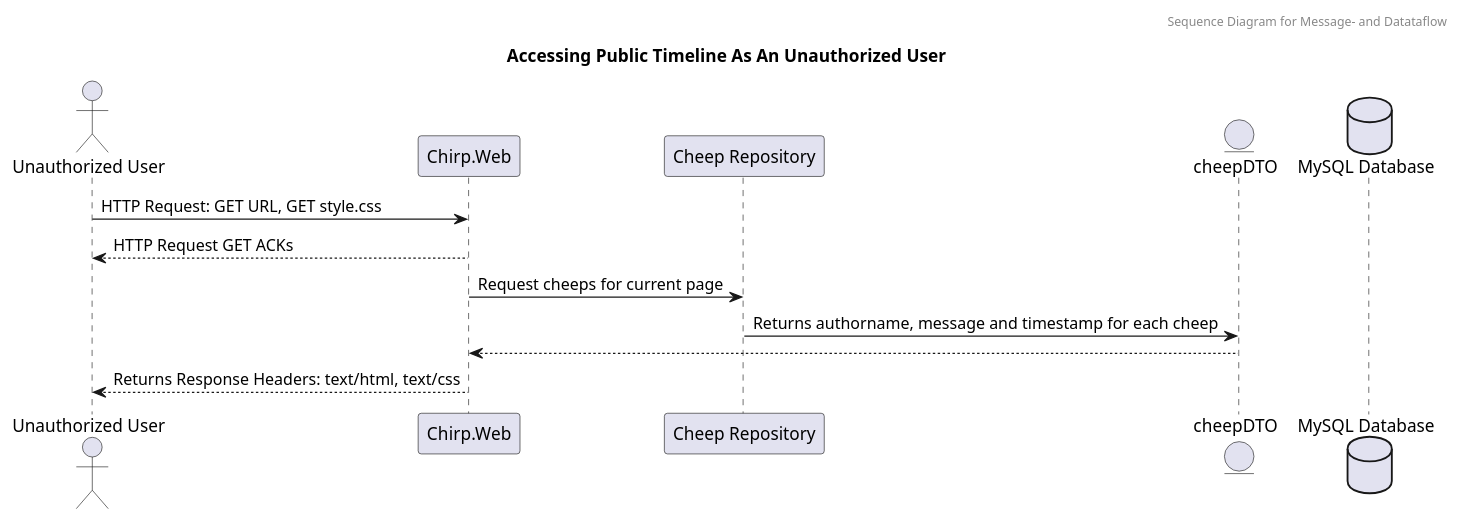
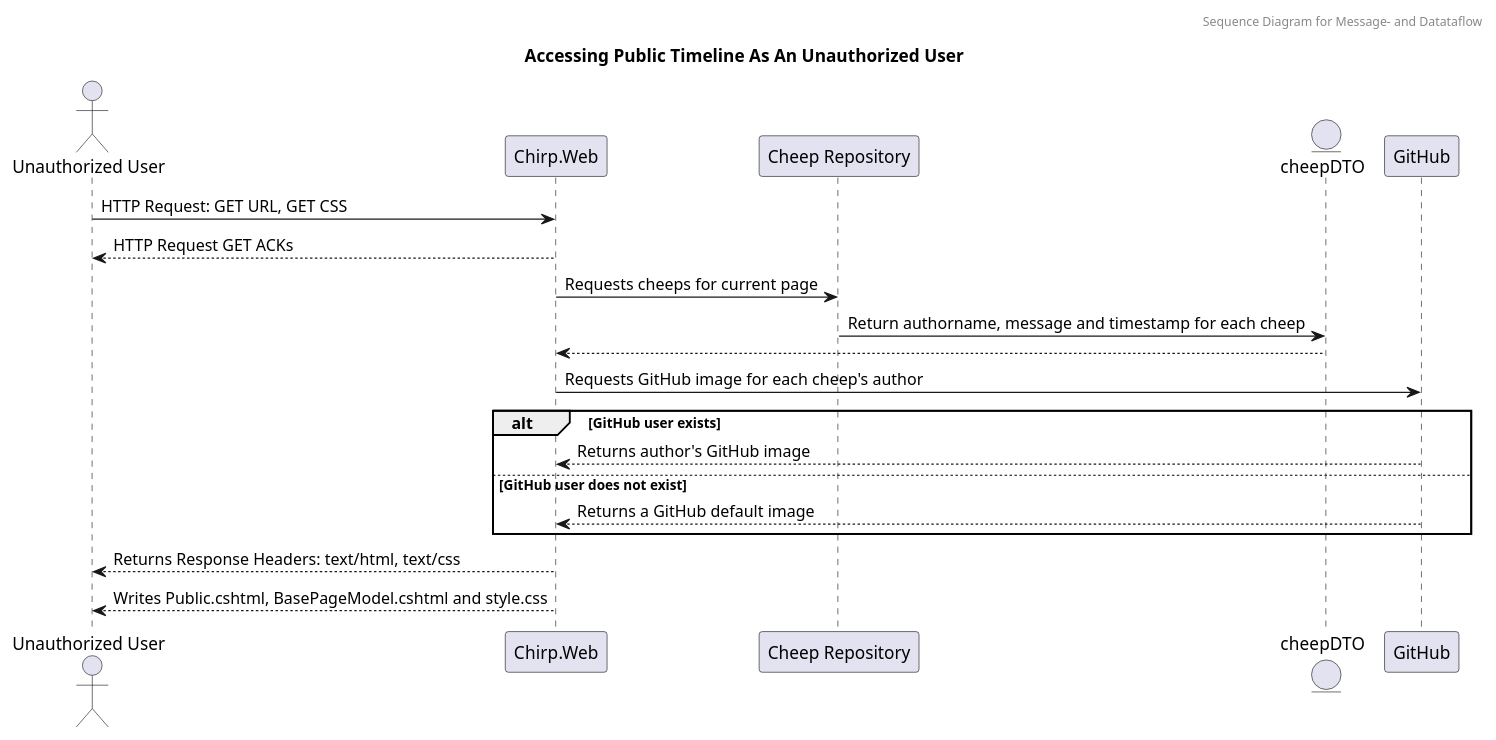
One commit to ITU-BDSA23-GROUP10/Chirp changed the diagram in docs/report_diagrams/UML_sequence_diagrams/msg_data_flow_UML_seq.puml. Above: the diagram before and after it, drawn with PlantUML.

Commit message:
Added GitHub in the figure.

```diff
--- a/docs/report_diagrams/UML_sequence_diagrams/msg_data_flow_UML_seq.puml
+++ b/docs/report_diagrams/UML_sequence_diagrams/msg_data_flow_UML_seq.puml
@@ -1,19 +1,28 @@
 @startuml
 header Sequence Diagram for Message- and Datataflow
 Title Accessing Public Timeline As An Unauthorized User
 
 
 actor "Unauthorized User" as UnauthorizedUser
 participant "Chirp.Web" as ChirpWeb
 participant "Cheep Repository" as CheepRepo
 entity cheepDTO as CheepDTO
-database "MySQL Database" as DB
 
 
-UnauthorizedUser -> ChirpWeb: HTTP Request: GET URL, GET style.css
-ChirpWeb --> UnauthorizedUser: HTTP Request GET ACKs
-ChirpWeb -> CheepRepo: Request cheeps for current page
-CheepRepo -> CheepDTO: Returns authorname, message and timestamp for each cheep
+UnauthorizedUser -> ChirpWeb: HTTP Request: GET URL, GET CSS
+Return HTTP Request GET ACKs
+
+ChirpWeb -> CheepRepo: Requests cheeps for current page
+CheepRepo -> CheepDTO: Return authorname, message and timestamp for each cheep
 CheepDTO --> ChirpWeb:
+
+ChirpWeb -> GitHub: Requests GitHub image for each cheep's author
+alt GitHub user exists
+    GitHub --> ChirpWeb: Returns author's GitHub image
+else GitHub user does not exist
+    GitHub --> ChirpWeb: Returns a GitHub default image
+end
+
 ChirpWeb --> UnauthorizedUser: Returns Response Headers: text/html, text/css
+ChirpWeb --> UnauthorizedUser: Writes Public.cshtml, BasePageModel.cshtml and style.css
 @enduml
```
